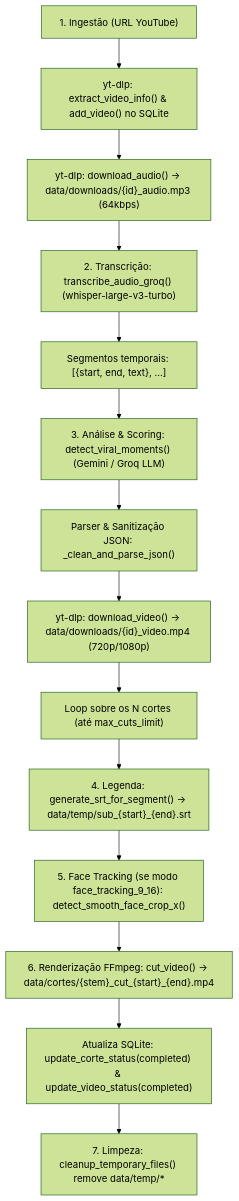
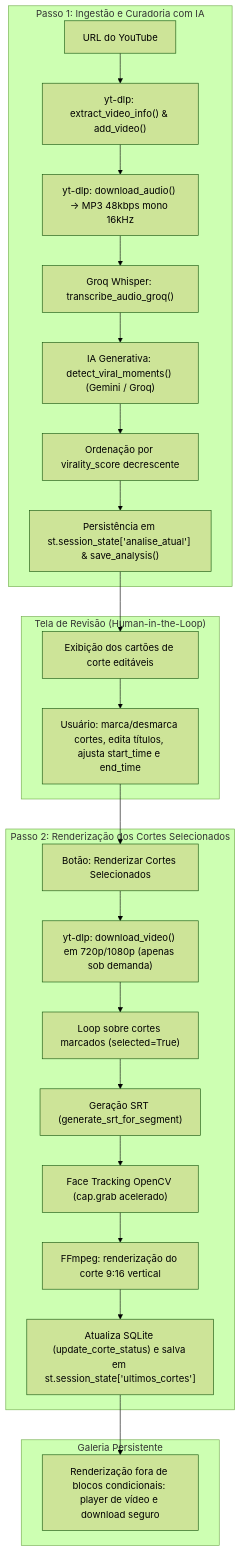
Before and after one commit to KaioBolsoni/EasyKut: the diagram in docs/documentacao_tecnica.md, drawn with Mermaid (forest theme). The commit also changed other lines of this file and 4 other files, not shown here.

Commit message:
refactor: modularize config and database layers and implement two-step video analysis workflow

````diff
--- a/docs/documentacao_tecnica.md
+++ b/docs/documentacao_tecnica.md
@@ -62,16 +62,30 @@
 ```mermaid
 flowchart TD
-    A["1. Ingestão (URL YouTube)"] --> B["yt-dlp: extract_video_info() & add_video() no SQLite"]
-    B --> C["yt-dlp: download_audio() -> data/downloads/{id}_audio.mp3 (64kbps)"]
-    C --> D["2. Transcrição: transcribe_audio_groq() (whisper-large-v3-turbo)"]
-    D --> E["Segmentos temporais: [{start, end, text}, ...]"]
-    E --> F["3. Análise & Scoring: detect_viral_moments() (Gemini / Groq LLM)"]
-    F --> G["Parser & Sanitização JSON: _clean_and_parse_json()"]
-    G --> H["yt-dlp: download_video() -> data/downloads/{id}_video.mp4 (720p/1080p)"]
-    H --> I["Loop sobre os N cortes (até max_cuts_limit)"]
-    I --> J["4. Legenda: generate_srt_for_segment() -> data/temp/sub_{start}_{end}.srt"]
-    J --> K["5. Face Tracking (se modo face_tracking_9_16): detect_smooth_face_crop_x()"]
-    K --> L["6. Renderização FFmpeg: cut_video() -> data/cortes/{stem}_cut_{start}_{end}.mp4"]
-    L --> M["Atualiza SQLite: update_corte_status(completed) & update_video_status(completed)"]
-    M --> N["7. Limpeza: cleanup_temporary_files() remove data/temp/*"]
+    subgraph Passo1["Passo 1: Ingestão e Curadoria com IA"]
+        A["URL do YouTube"] --> B["yt-dlp: extract_video_info() & add_video()"]
+        B --> C["yt-dlp: download_audio() -> MP3 48kbps mono 16kHz"]
+        C --> D["Groq Whisper: transcribe_audio_groq()"]
+        D --> E["IA Generativa: detect_viral_moments() (Gemini / Groq)"]
+        E --> F["Ordenação por virality_score decrescente"]
+        F --> G["Persistência em st.session_state['analise_atual'] & save_analysis()"]
+    end
+
+    subgraph Revisao["Tela de Revisão (Human-in-the-Loop)"]
+        G --> H["Exibição dos cartões de corte editáveis"]
+        H --> I["Usuário: marca/desmarca cortes, edita títulos, ajusta start_time e end_time"]
+    end
+
+    subgraph Passo2["Passo 2: Renderização dos Cortes Selecionados"]
+        I --> J["Botão: Renderizar Cortes Selecionados"]
+        J --> K["yt-dlp: download_video() em 720p/1080p (apenas sob demanda)"]
+        K --> L["Loop sobre cortes marcados (selected=True)"]
+        L --> M["Geração SRT (generate_srt_for_segment)"]
+        M --> N["Face Tracking OpenCV (cap.grab acelerado)"]
+        N --> O["FFmpeg: renderização do corte 9:16 vertical"]
+        O --> P["Atualiza SQLite (update_corte_status) e salva em st.session_state['ultimos_cortes']"]
+    end
+
+    subgraph Galeria["Galeria Persistente"]
+        P --> Q["Renderização fora de blocos condicionais: player de vídeo e download seguro"]
+    end
 ```
````
